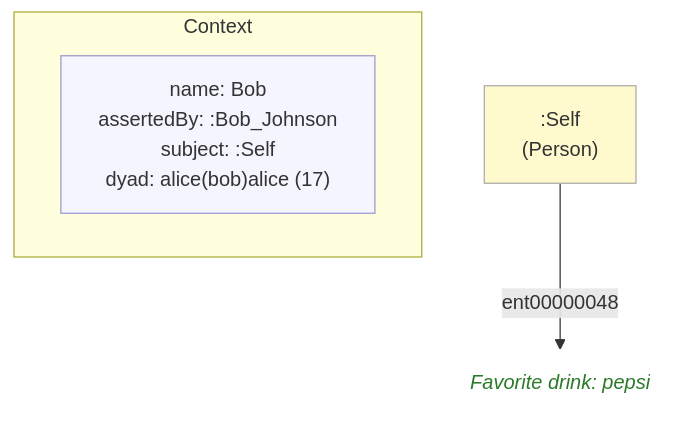
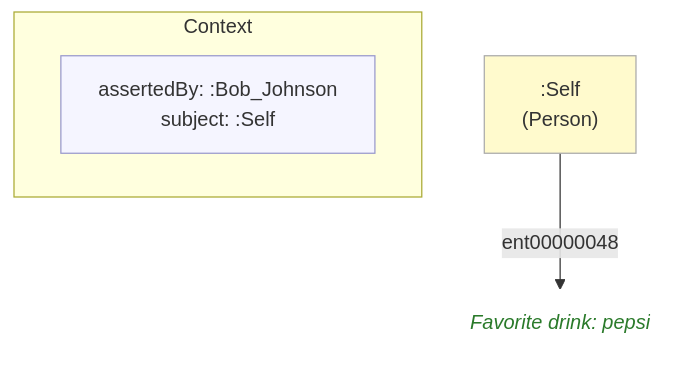
The diagram in example/contexts/images/04-alice(bob)bob.mmd (MeeFoundation/mia-ontologies), drawn with Mermaid before and after one commit. The commit also changed 118 other files, not shown here.

```diff
--- a/example/contexts/images/04-alice(bob)bob.mmd
+++ b/example/contexts/images/04-alice(bob)bob.mmd
@@ -1,16 +1,16 @@
 flowchart TD
     classDef person fill:#fffacd,stroke:#aaa,color:#333
     classDef grp    fill:#d4edda,stroke:#aaa,color:#333
     classDef org    fill:#cce5ff,stroke:#aaa,color:#333
     classDef lit    fill:none,stroke:none,font-style:italic,color:#2a7a2a
     classDef meta   fill:#f5f5ff,stroke:#9999cc,color:#333
 
     subgraph ctx["Context"]
         direction LR
-        ctx_meta["name: Bob\nassertedBy: :Bob_Johnson\nsubject: :Self\ndyad: alice(bob)alice (17)"]:::meta
+        ctx_meta["assertedBy: :Bob_Johnson\nsubject: :Self"]:::meta
     end
 
     ne0c3ba92f1db[":Self\n(Person)"]:::person
-    n49c0aa6d3174("Favorite drink: pepsi"):::lit
+    nd043ed139f1b("Favorite drink: pepsi"):::lit
 
-    ne0c3ba92f1db -->|"ent00000048"| n49c0aa6d3174
+    ne0c3ba92f1db -->|"ent00000048"| nd043ed139f1b
```
